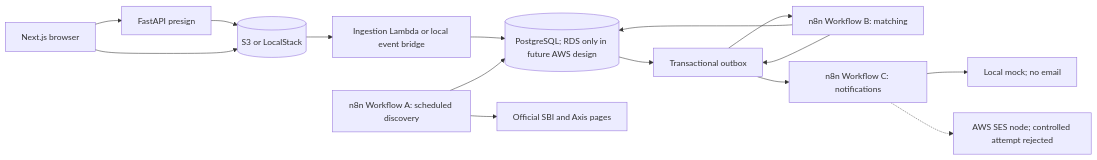
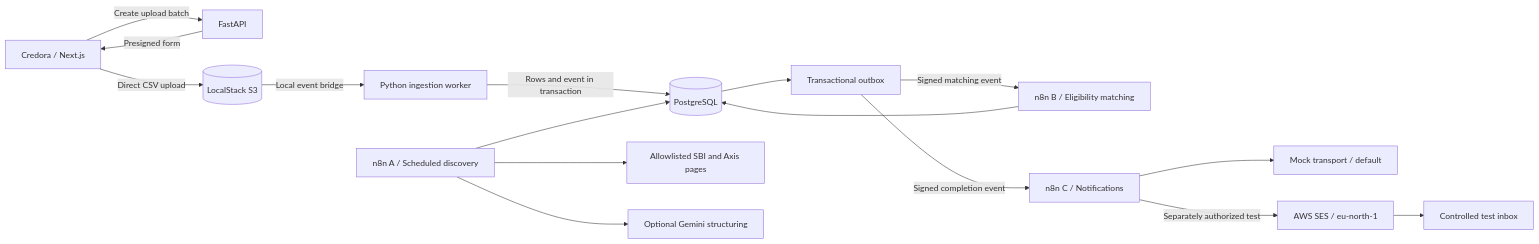
Before and after one commit to thisisanubhav/credora: the first of 4 diagrams in README.md, drawn with Mermaid. The commit also changed other lines of this file, not shown here.

Commit message:
docs: introduce Credora brief, UI gallery, workflows and technology stack

````diff
--- a/README.md
+++ b/README.md
@@ -43,17 +53,18 @@
 ```mermaid
 flowchart LR
-    UI[Next.js browser] --> API[FastAPI presign]
-    API --> S3[(S3 or LocalStack)]
-    UI --> S3
-    S3 --> ING[Ingestion Lambda or local event bridge]
-    ING --> DB[(PostgreSQL; RDS only in future AWS design)]
+    UI[Credora / Next.js] -->|Create upload batch| API[FastAPI]
+    API -->|Presigned form| UI
+    UI -->|Direct CSV upload| S3[(LocalStack S3)]
+    S3 -->|Local event bridge| ING[Python ingestion worker]
+    ING -->|Rows and event in transaction| DB[(PostgreSQL)]
     DB --> OUT[Transactional outbox]
-    OUT --> B[n8n Workflow B: matching]
+    OUT -->|Signed matching event| B[n8n B / Eligibility matching]
     B --> DB
-    B --> OUT
-    OUT --> C[n8n Workflow C: notifications]
-    C --> MOCK[Local mock; no email]
-    C -.-> SES[AWS SES node; controlled attempt rejected]
-    A[n8n Workflow A: scheduled discovery] --> BANK[Official SBI and Axis pages]
+    OUT -->|Signed completion event| C[n8n C / Notifications]
+    C --> MOCK[Mock transport / default]
+    C -->|Separately authorized test| SES[AWS SES / eu-north-1]
+    SES --> INBOX[Controlled test inbox]
+    A[n8n A / Scheduled discovery] --> BANK[Allowlisted SBI and Axis pages]
+    A --> GEM[Optional Gemini structuring]
     A --> DB
 ```
````
